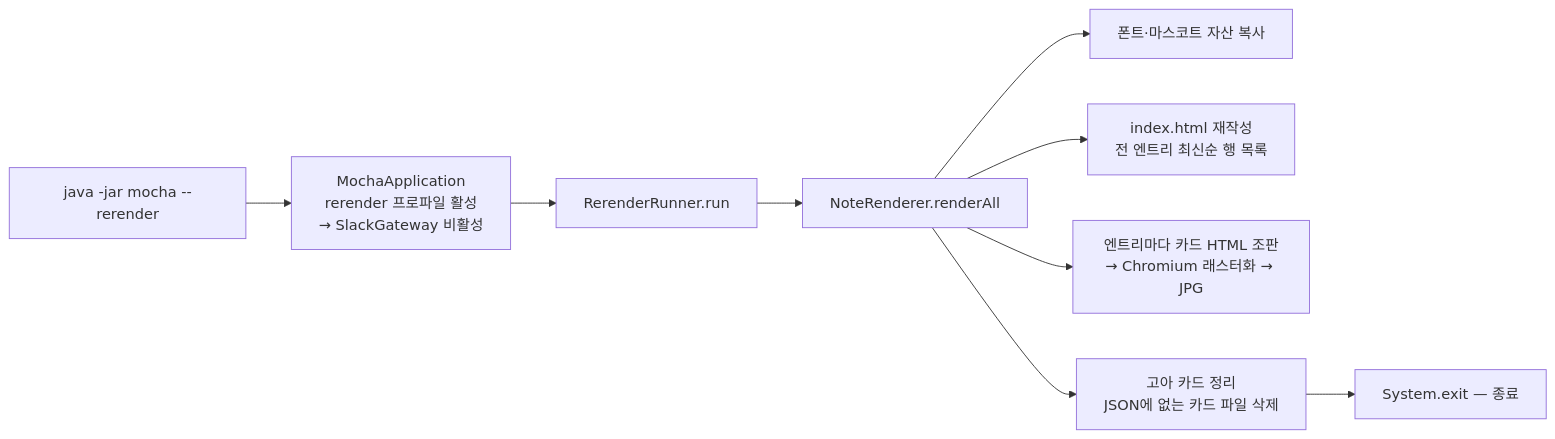
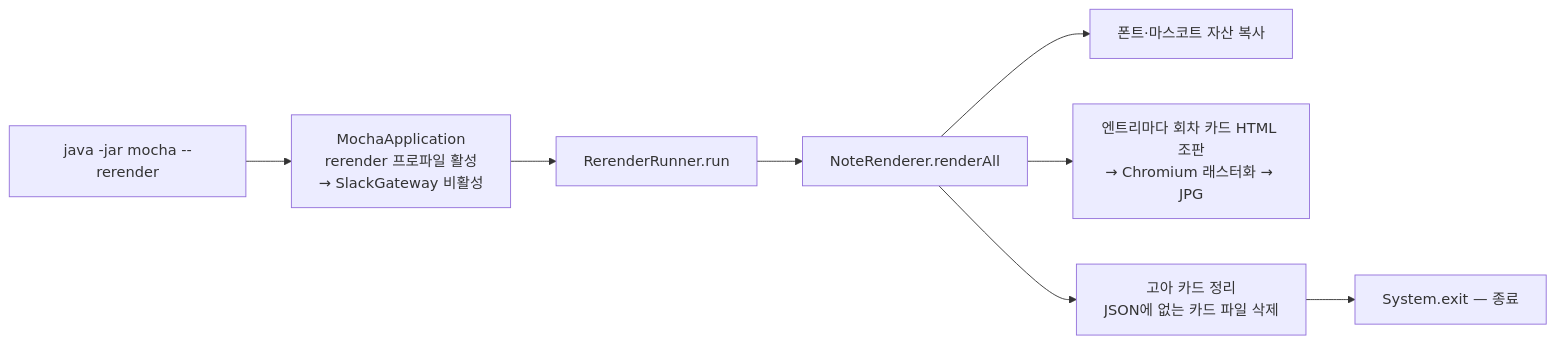
The seventh of 8 diagrams in docs/architecture-classes-and-flows.md (devwuu/mocha), drawn with Mermaid before and after one commit. The commit also changed other lines of this file and 1 other file, not shown here.

````diff
--- a/docs/architecture-classes-and-flows.md
+++ b/docs/architecture-classes-and-flows.md
@@ -462,10 +503,9 @@
 ```mermaid
 flowchart LR
     A["java -jar mocha --rerender"] --> B[MochaApplication<br/>rerender 프로파일 활성<br/>→ SlackGateway 비활성]
     B --> C[RerenderRunner.run] --> D[NoteRenderer.renderAll]
     D --> E[폰트·마스코트 자산 복사]
-    D --> F[index.html 재작성<br/>전 엔트리 최신순 행 목록]
-    D --> G[엔트리마다 카드 HTML 조판<br/>→ Chromium 래스터화 → JPG]
-    D --> H[고아 카드 정리<br/>JSON에 없는 카드 파일 삭제]
-    H --> I[System.exit — 종료]
+    D --> F[엔트리마다 회차 카드 HTML 조판<br/>→ Chromium 래스터화 → JPG]
+    D --> G[고아 카드 정리<br/>JSON에 없는 카드 파일 삭제]
+    G --> H[System.exit — 종료]
 ```
````
